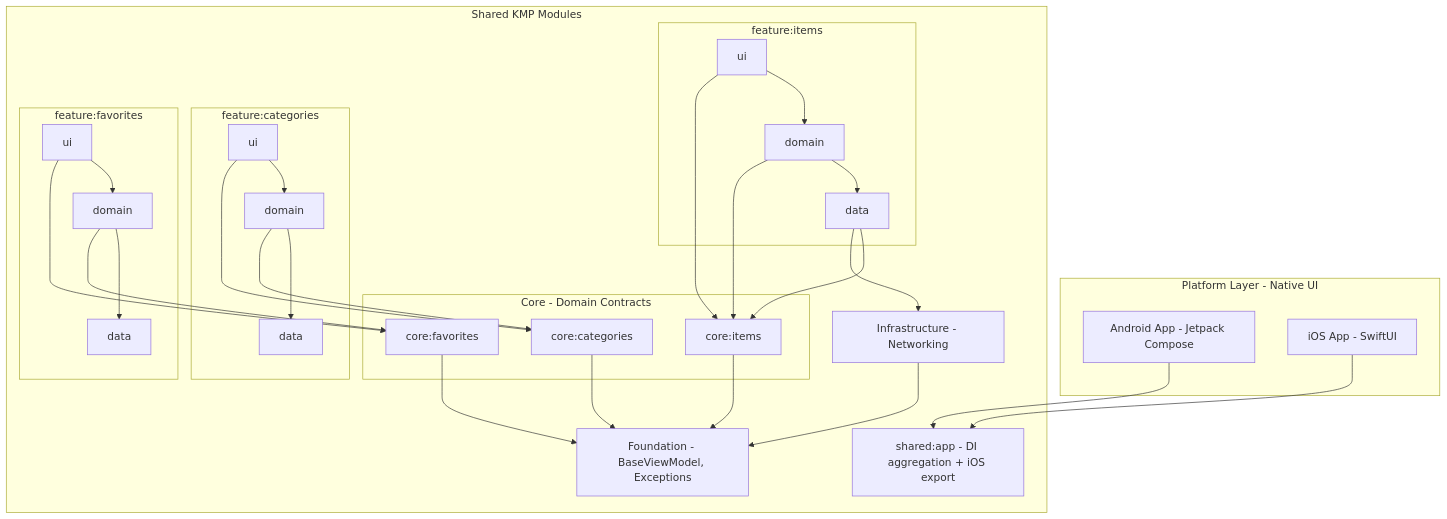
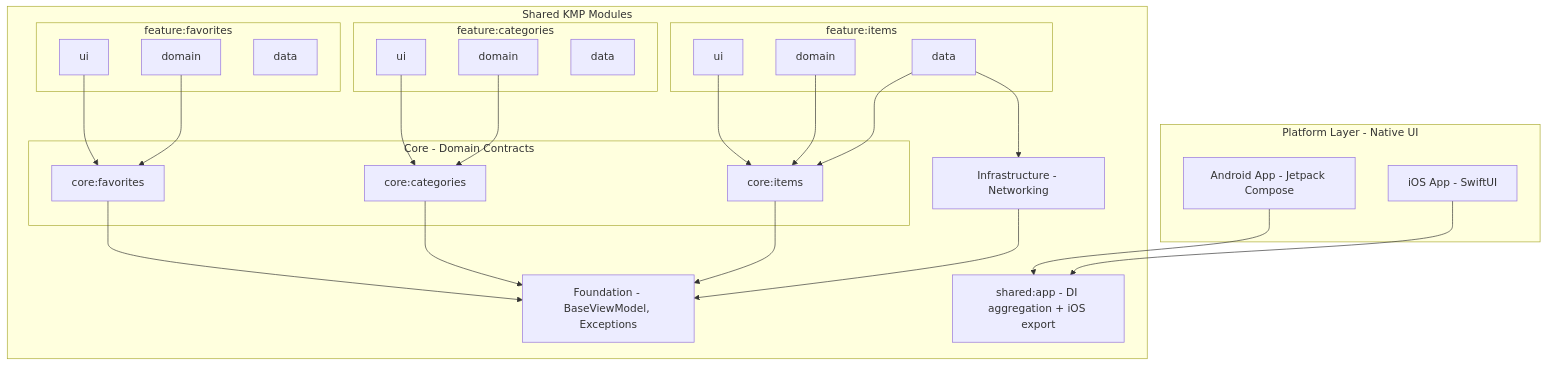
One commit to Ashanen/Castociasto changed the first of 9 diagrams in README.md. Above: the diagram before and after it, drawn with Mermaid.

Commit message:
Fix feature subgraph arrows: ui and data both point to core, not through domain

````diff
--- a/README.md
+++ b/README.md
@@ -24,51 +24,57 @@
 ```mermaid
 graph TB
     subgraph Platform["Platform Layer - Native UI"]
         Android[Android App - Jetpack Compose]
         iOS[iOS App - SwiftUI]
     end
 
     subgraph Shared["Shared KMP Modules"]
         App[shared:app - DI aggregation + iOS export]
 
         subgraph Feature1["feature:items"]
-            IU[ui] --> IDom[domain] --> IData[data]
+            IU[ui]
+            IDom[domain]
+            IData[data]
         end
 
         subgraph Feature2["feature:categories"]
-            CU[ui] --> CDom[domain] --> CData[data]
+            CU[ui]
+            CDom[domain]
+            CData[data]
         end
 
         subgraph Feature3["feature:favorites"]
-            FU[ui] --> FDom[domain] --> FData[data]
+            FU[ui]
+            FDom[domain]
+            FData[data]
         end
 
         subgraph Core["Core - Domain Contracts"]
             CoreItems[core:items]
             CoreCat[core:categories]
             CoreFav[core:favorites]
         end
 
         Infra[Infrastructure - Networking]
         Foundation[Foundation - BaseViewModel, Exceptions]
     end
 
     Android --> App
     iOS --> App
 
     IU --> CoreItems
     IDom --> CoreItems
     IData --> CoreItems
     IData --> Infra
 
     CU --> CoreCat
     CDom --> CoreCat
 
     FU --> CoreFav
     FDom --> CoreFav
 
     CoreItems --> Foundation
     CoreCat --> Foundation
     CoreFav --> Foundation
     Infra --> Foundation
 ```
````
